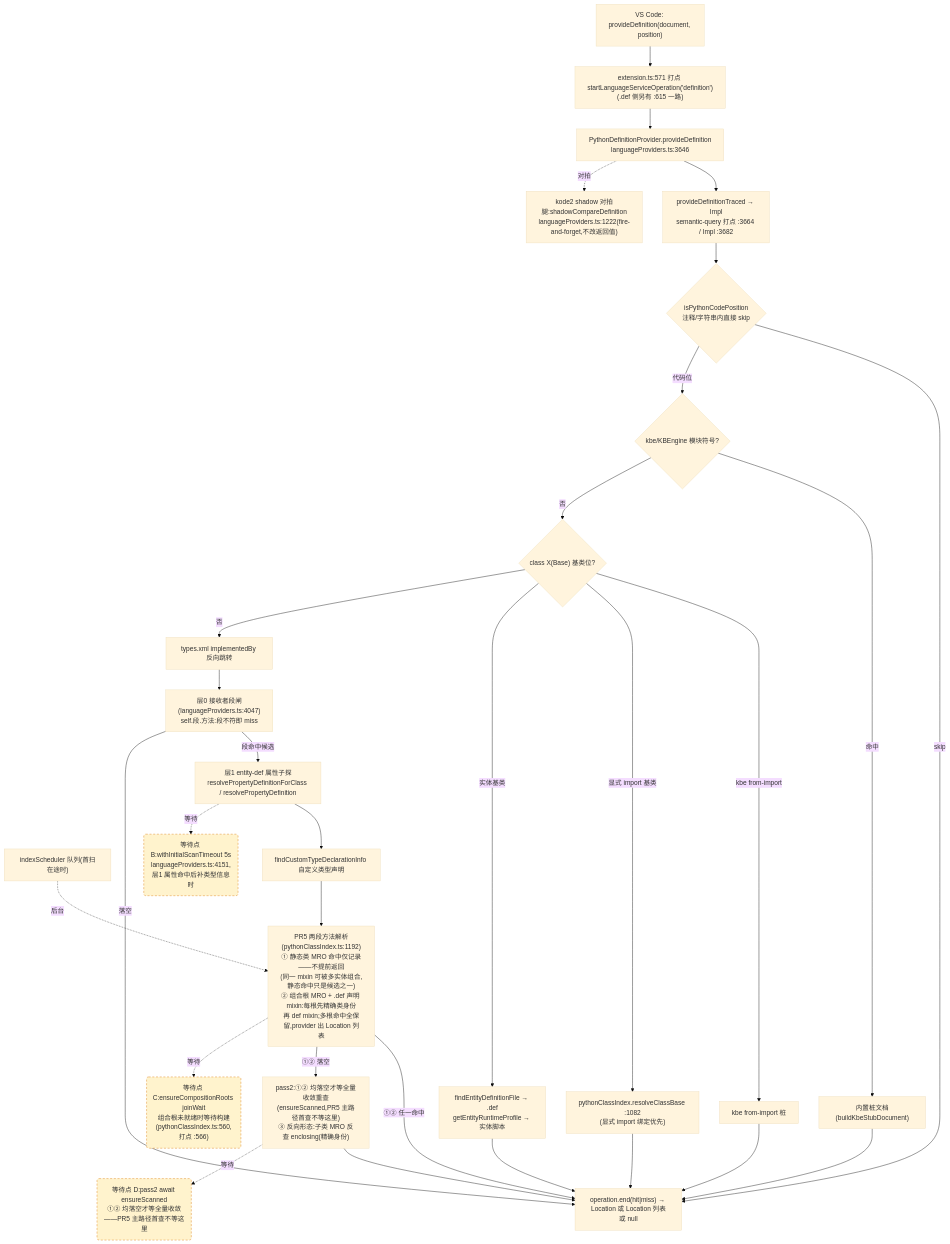
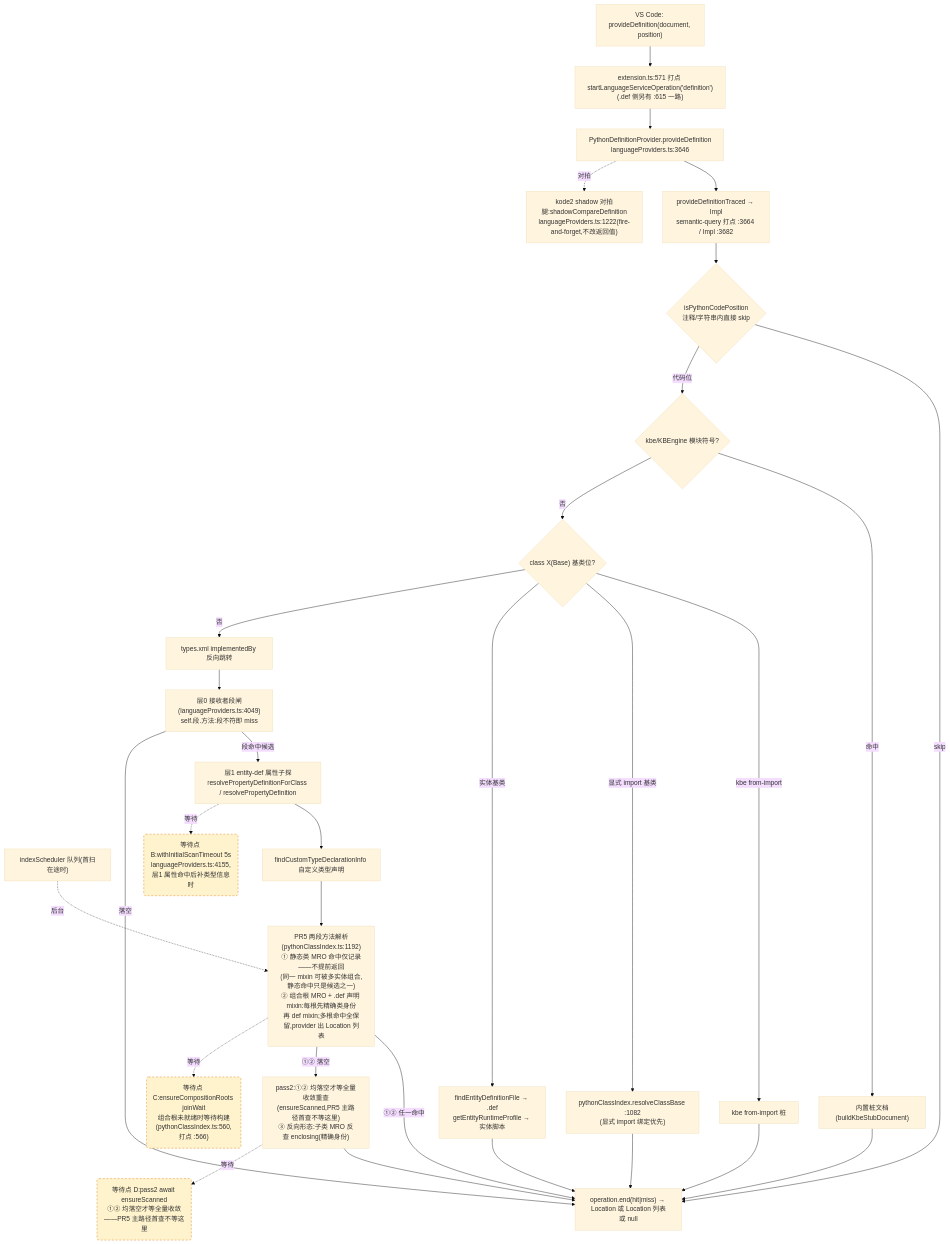
Before and after one commit to cuihairu/kode: the second of 4 diagrams in docs/perf/2026-baseline.md, drawn with Mermaid (base theme). The commit also changed other lines of this file and 6 other files, not shown here.

````diff
--- a/docs/perf/2026-baseline.md
+++ b/docs/perf/2026-baseline.md
@@ -130,51 +130,51 @@
 ```mermaid
 flowchart TD
   VC2["VS Code: provideDefinition(document, position)"]
   M2["extension.ts:571 打点 startLanguageServiceOperation('definition')<br/>(.def 侧另有 :615 一路)"]
   AD2["PythonDefinitionProvider.provideDefinition<br/>languageProviders.ts:3646"]
   TR["provideDefinitionTraced → Impl<br/>semantic-query 打点 :3664 / Impl :3682"]
   CTX{"isPythonCodePosition<br/>注释/字符串内直接 skip"}
   KBE{"kbe/KBEngine 模块符号?"}
   STUB["内置桩文档(buildKbeStubDocument)"]
   CB{"class X(Base) 基类位?"}
   CB1["kbe from-import 桩"]
   CB2["pythonClassIndex.resolveClassBase :1082<br/>(显式 import 绑定优先)"]
   CB3["findEntityDefinitionFile → .def<br/>getEntityRuntimeProfile → 实体脚本"]
   REV["types.xml implementedBy 反向跳转"]
-  L0["层0 接收者段闸(languageProviders.ts:4047)<br/>self.段.方法:段不符即 miss"]
+  L0["层0 接收者段闸(languageProviders.ts:4049)<br/>self.段.方法:段不符即 miss"]
   L1["层1 entity-def 属性子探<br/>resolvePropertyDefinitionForClass / resolvePropertyDefinition"]
   SCAN["indexScheduler 队列(首扫在途时)"]
   TY["findCustomTypeDeclarationInfo 自定义类型声明"]
   MRO["PR5 两段方法解析(pythonClassIndex.ts:1192)<br/>① 静态类 MRO 命中仅记录——不提前返回<br/>(同一 mixin 可被多实体组合,静态命中只是候选之一)<br/>② 组合根 MRO + .def 声明 mixin:每根先精确类身份<br/>再 def mixin;多根命中全保留,provider 出 Location 列表"]
   PASS2["pass2:①② 均落空才等全量收敛重查<br/>(ensureScanned,PR5 主路径首查不等这里)<br/>③ 反向形态:子类 MRO 反查 enclosing(精确身份)"]
   SHD["kode2 shadow 对拍腿:shadowCompareDefinition<br/>languageProviders.ts:1222(fire-and-forget,不改返回值)"]
   END2["operation.end(hit|miss) → Location 或 Location 列表或 null"]
 
   VC2 --> M2 --> AD2 --> TR --> CTX
   CTX -- "skip" --> END2
   CTX -- "代码位" --> KBE
   KBE -- "命中" --> STUB --> END2
   KBE -- "否" --> CB
   CB -- "kbe from-import" --> CB1 --> END2
   CB -- "显式 import 基类" --> CB2 --> END2
   CB -- "实体基类" --> CB3 --> END2
   CB -- "否" --> REV --> L0
   L0 -- "段命中候选" --> L1
   L0 -- "落空" --> END2
   L1 --> TY
   TY --> MRO
   MRO -- "①② 任一命中" --> END2
   MRO -- "①② 落空" --> PASS2 --> END2
   AD2 -.->|对拍| SHD
 
-  WAITB("等待点 B:withInitialScanTimeout 5s<br/>languageProviders.ts:4151,层1 属性命中后补类型信息时")
+  WAITB("等待点 B:withInitialScanTimeout 5s<br/>languageProviders.ts:4155,层1 属性命中后补类型信息时")
   WAITC("等待点 C:ensureCompositionRoots joinWait<br/>组合根未就绪时等待构建(pythonClassIndex.ts:560,打点 :566)")
   WAITD("等待点 D:pass2 await ensureScanned<br/>①② 均落空才等全量收敛——PR5 主路径首查不等这里")
   L1 -.->|等待| WAITB
   MRO -.->|等待| WAITC
   PASS2 -.->|等待| WAITD
   SCAN -.->|后台| MRO
 
   classDef waitPoint fill:#fff3cd,stroke:#d97706,stroke-dasharray:5 4;
   class WAITB,WAITC,WAITD waitPoint;
 ```
````
